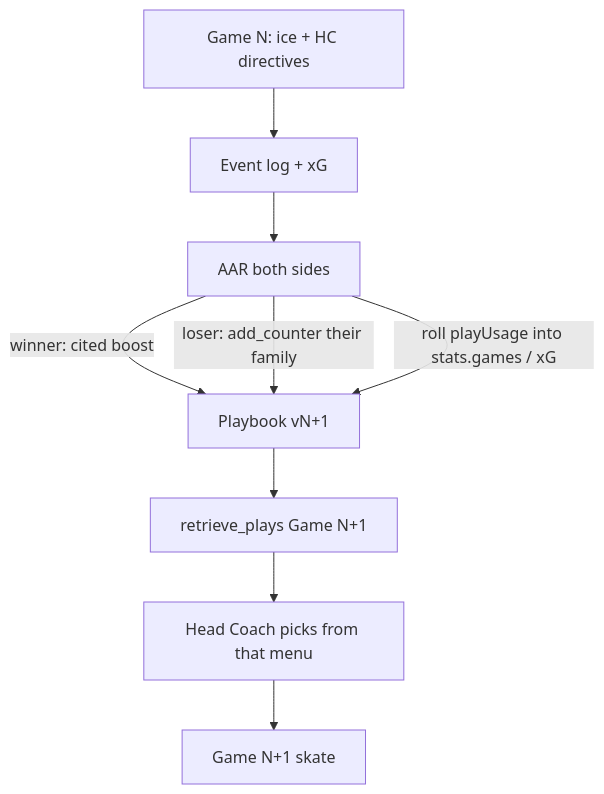
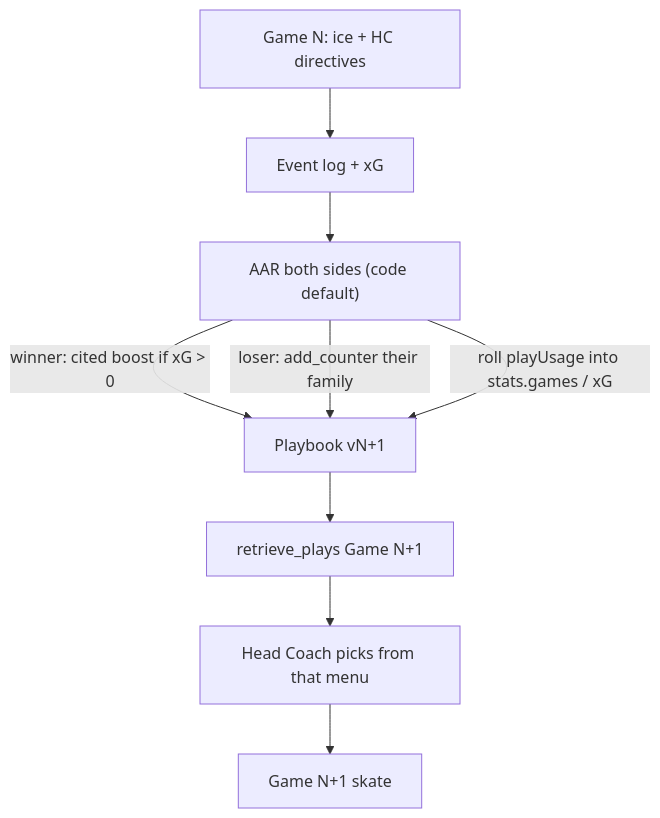
The fourth of 4 diagrams in docs/FORgasan.md (gasantiago16/Graph_Hockey), drawn with Mermaid before and after one commit. The commit also changed other lines of this file and 3 other files, not shown here.

````diff
--- a/docs/FORgasan.md
+++ b/docs/FORgasan.md
@@ -189,11 +195,11 @@
 ```mermaid
 flowchart TB
   G["Game N: ice + HC directives"] --> L["Event log + xG"]
-  L --> AAR["AAR both sides"]
-  AAR -->|"winner: cited boost"| PB["Playbook vN+1"]
+  L --> AAR["AAR both sides (code default)"]
+  AAR -->|"winner: cited boost if xG > 0"| PB["Playbook vN+1"]
   AAR -->|"loser: add_counter their family"| PB
   AAR -->|"roll playUsage into stats.games / xG"| PB
   PB --> R["retrieve_plays Game N+1"]
   R --> HC["Head Coach picks from that menu"]
   HC --> G2["Game N+1 skate"]
 ```
````
